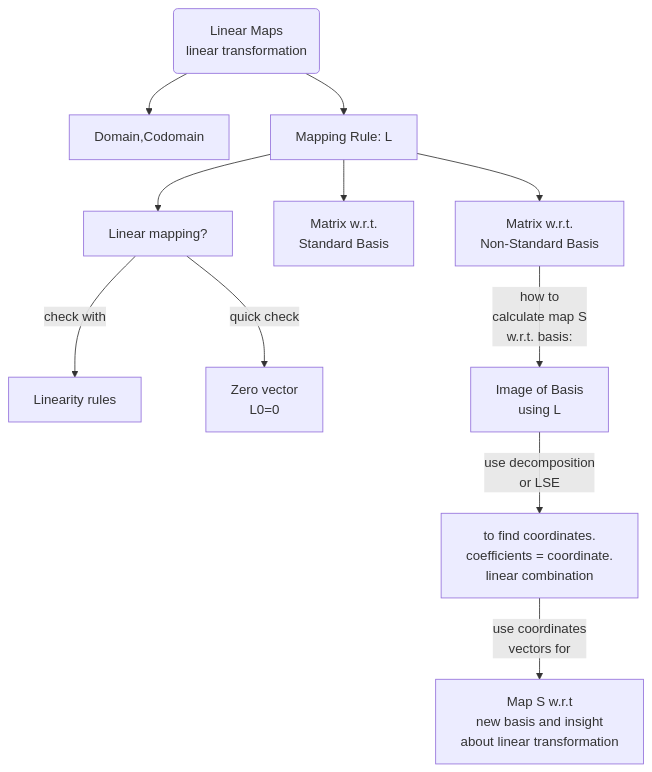
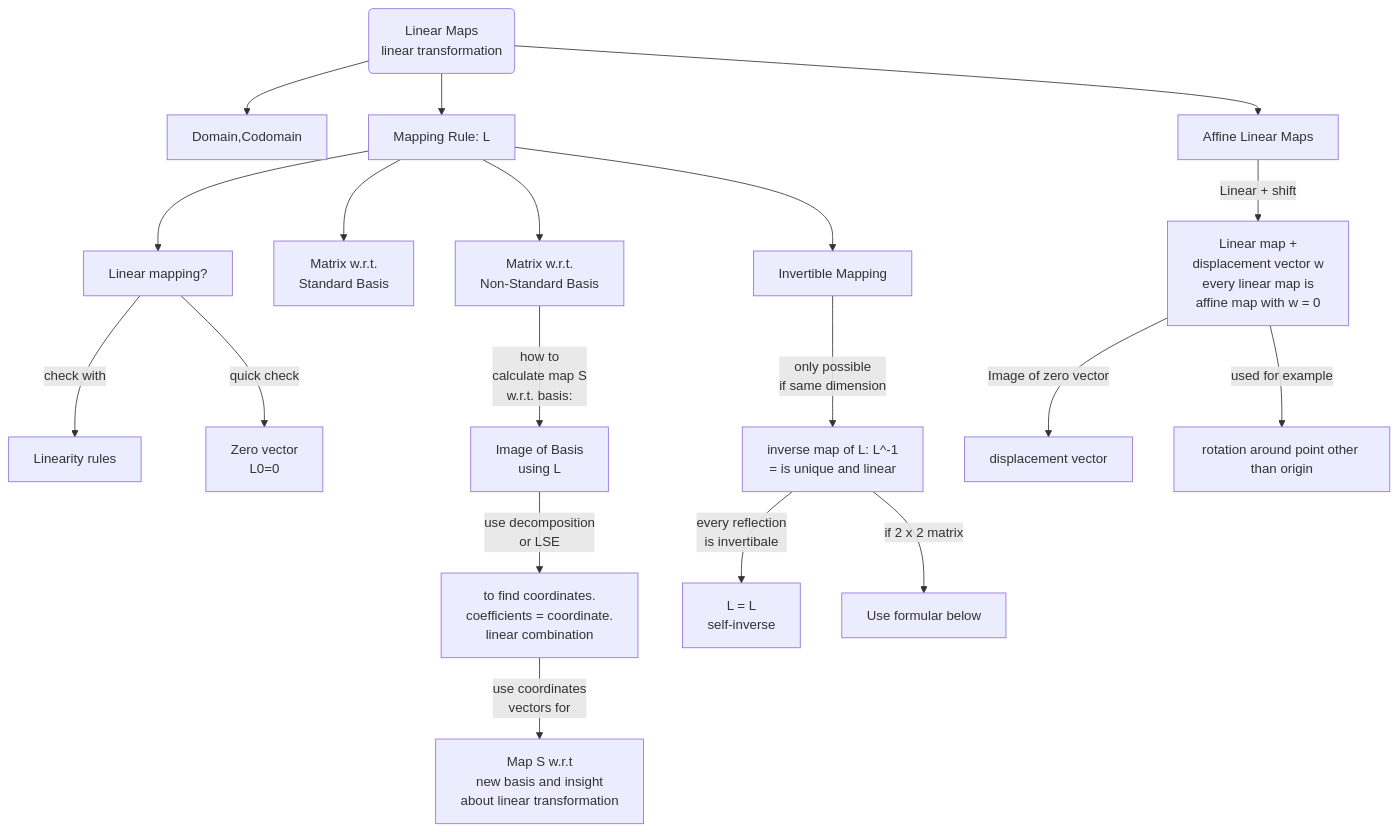
The diagram in wiki/LinAlg/linear-maps.qmd (oli9402/Portfolio), drawn with Mermaid before and after one commit. The commit also changed other lines of this file and 33 other files, not shown here.

````diff
--- a/wiki/LinAlg/linear-maps.qmd
+++ b/wiki/LinAlg/linear-maps.qmd
@@ -12,29 +13,38 @@
 ```{mermaid}
 %%| label: fig-mermaid
 %%| fig-width: 6
 %%| fig-cap: |
-%%|   A flow chart displaying for what to use linear system equations and  
+%%|   A flow chart of concepts in linear maps   
  
 flowchart TD
-    A(Linear Maps <br/> linear transformation) --> C[Domain,Codomain]
+    A(Linear Maps <br/> linear transformation) --> D[Domain,Codomain]
     
     A --> B[Mapping Rule: L]
     B --> BA[Linear mapping?]
     BA --> |check with|BAA[Linearity rules] 
     BA --> |quick check|BAB[Zero vector <br/>L0=0]
     
     B --> BB[Matrix w.r.t. <br/> Standard Basis]
     B --> BC[Matrix w.r.t. <br/>Non-Standard Basis]
     BC --> |how to <br/>calculate map S <br/> w.r.t. basis:|BCA[Image of Basis <br/> using L]
     BCA --> |use decomposition <br/> or LSE|BCB[to find coordinates. <br/> coefficients = coordinate. <br/> linear combination]
     BCB --> |use coordinates <br/> vectors for|BCBA[Map S w.r.t <br/> new basis and insight <br/>about linear transformation]
+    
+    B --> BD[Invertible Mapping]
+    BD --> |only possible <br/> if same dimension|BDA[inverse map of L: L^-1 <br/> = is unique and linear]
+    BDA --> |every reflection <br/>is invertibale|BDAA[L = L <br/> self-inverse]
+    BDA --> |if 2 x 2 matrix|BDAB[Use formular below]
 
+    A --> C[Affine Linear Maps]
+    C --> |Linear + shift|CA[Linear map + <br/>displacement vector w <br/> every linear map is <br/>affine map with w = 0 ]
+    CA --> |Image of zero vector|CB[displacement vector]
+    CA --> |used for example|CC[rotation around point other than origin]
 
 
 
 
 
     
 
 
 ```
````
